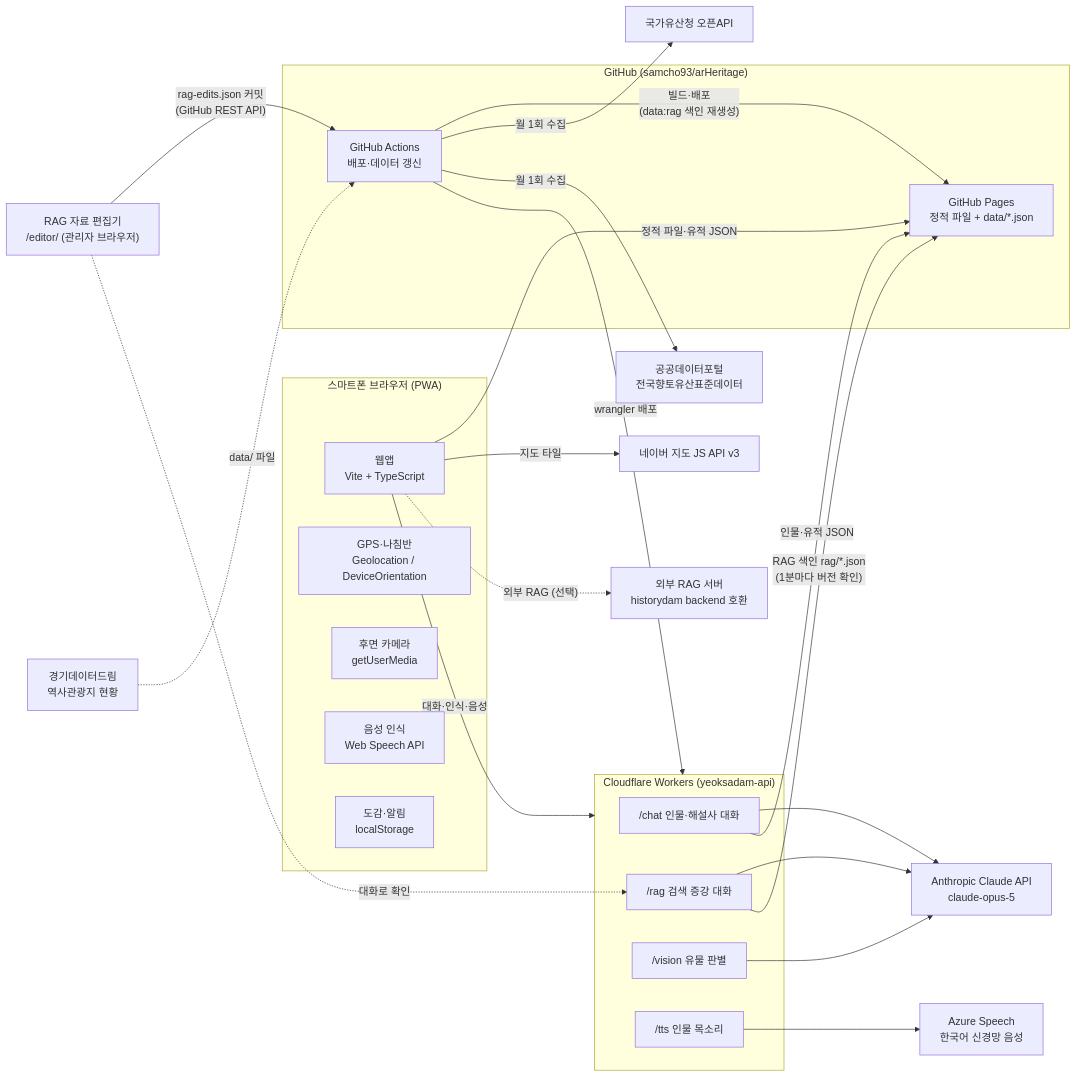
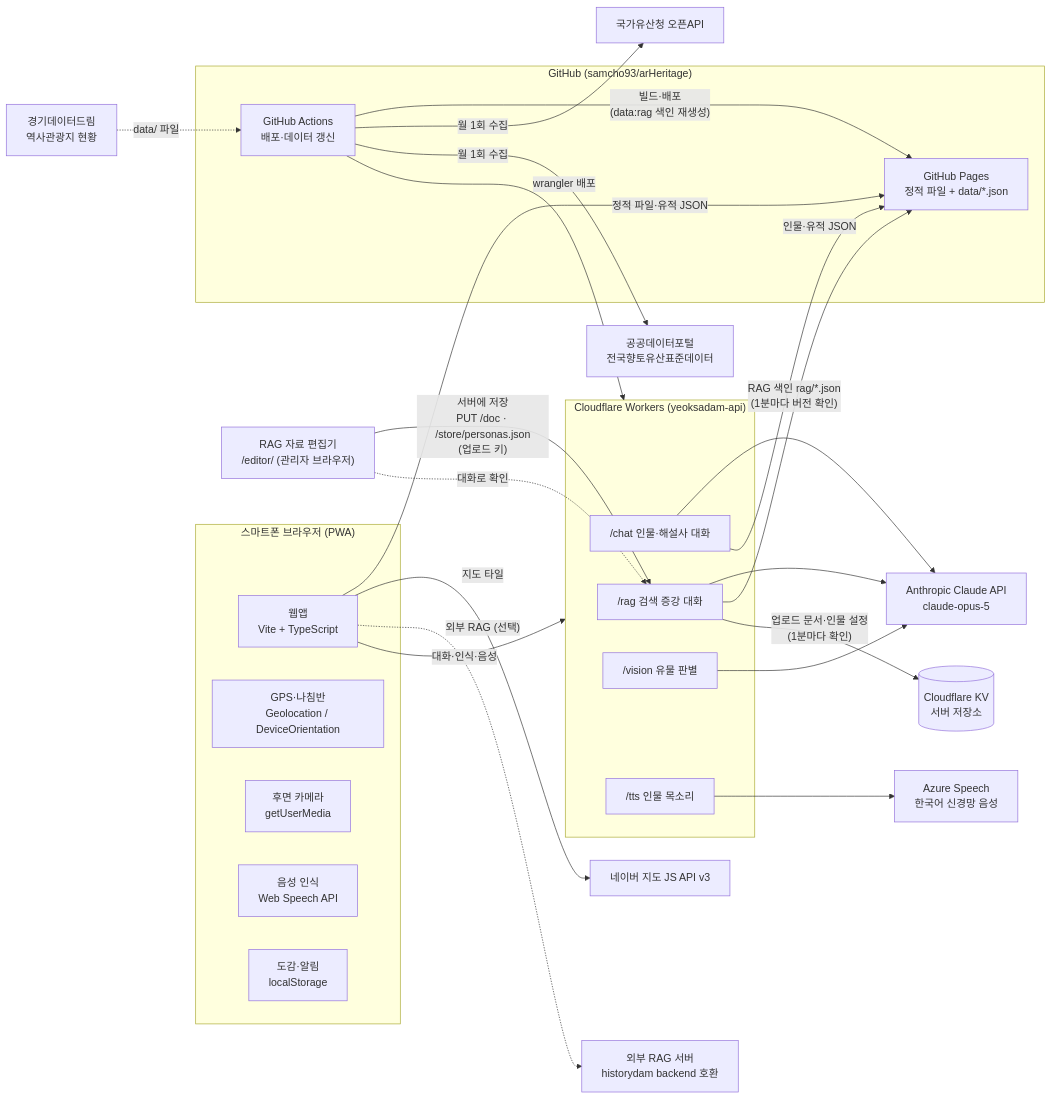
One commit to Hanbyeol5/arHeritage changed the first of 6 diagrams in README.md. Above: the diagram before and after it, drawn with Mermaid. The commit also changed other lines of this file and 10 other files, not shown here.

First line of the commit message:
서버 저장소: 3D 모델·RAG 자료·외부 RAG 인물 설정을 Workers KV 에 저장

````diff
--- a/README.md
+++ b/README.md
@@ -68,49 +69,50 @@
 ```mermaid
 flowchart LR
   subgraph Phone["스마트폰 브라우저 (PWA)"]
     UI["웹앱<br/>Vite + TypeScript"]
     GPS["GPS·나침반<br/>Geolocation / DeviceOrientation"]
     CAM["후면 카메라<br/>getUserMedia"]
     STT["음성 인식<br/>Web Speech API"]
     LS["도감·알림<br/>localStorage"]
   end
 
   ED["RAG 자료 편집기<br/>/editor/ (관리자 브라우저)"]
 
   subgraph GH["GitHub (samcho93/arHeritage)"]
     PAGES["GitHub Pages<br/>정적 파일 + data/*.json"]
     ACT["GitHub Actions<br/>배포·데이터 갱신"]
   end
 
   subgraph CF["Cloudflare Workers (yeoksadam-api)"]
     CHAT["/chat 인물·해설사 대화"]
     RAG["/rag 검색 증강 대화"]
     VIS["/vision 유물 판별"]
     TTS["/tts 인물 목소리"]
   end
 
   CLAUDE["Anthropic Claude API<br/>claude-opus-5"]
   AZURE["Azure Speech<br/>한국어 신경망 음성"]
   NAVER["네이버 지도 JS API v3"]
   KHS["국가유산청 오픈API"]
   DGK["공공데이터포털<br/>전국향토유산표준데이터"]
   GGD["경기데이터드림<br/>역사관광지 현황"]
 
   UI -- 정적 파일·유적 JSON --> PAGES
   UI -- 지도 타일 --> NAVER
   UI -- 대화·인식·음성 --> CF
   CHAT --> CLAUDE
   RAG --> CLAUDE
   RAG -- "RAG 색인 rag/*.json<br/>(1분마다 버전 확인)" --> PAGES
   UI -. "외부 RAG (선택)" .-> EXT["외부 RAG 서버<br/>historydam backend 호환"]
   VIS --> CLAUDE
   TTS --> AZURE
   CHAT -- 인물·유적 JSON --> PAGES
-  ED -- "rag-edits.json 커밋<br/>(GitHub REST API)" --> ACT
+  ED -- "서버에 저장<br/>PUT /doc · /store/personas.json<br/>(업로드 키)" --> RAG
+  RAG -- "업로드 문서·인물 설정<br/>(1분마다 확인)" --> KV[("Cloudflare KV<br/>서버 저장소")]
   ED -. "대화로 확인" .-> RAG
   ACT -- "빌드·배포<br/>(data:rag 색인 재생성)" --> PAGES
   ACT -- wrangler 배포 --> CF
   ACT -- 월 1회 수집 --> KHS
   ACT -- 월 1회 수집 --> DGK
   GGD -. data/ 파일 .-> ACT
 ```
````
